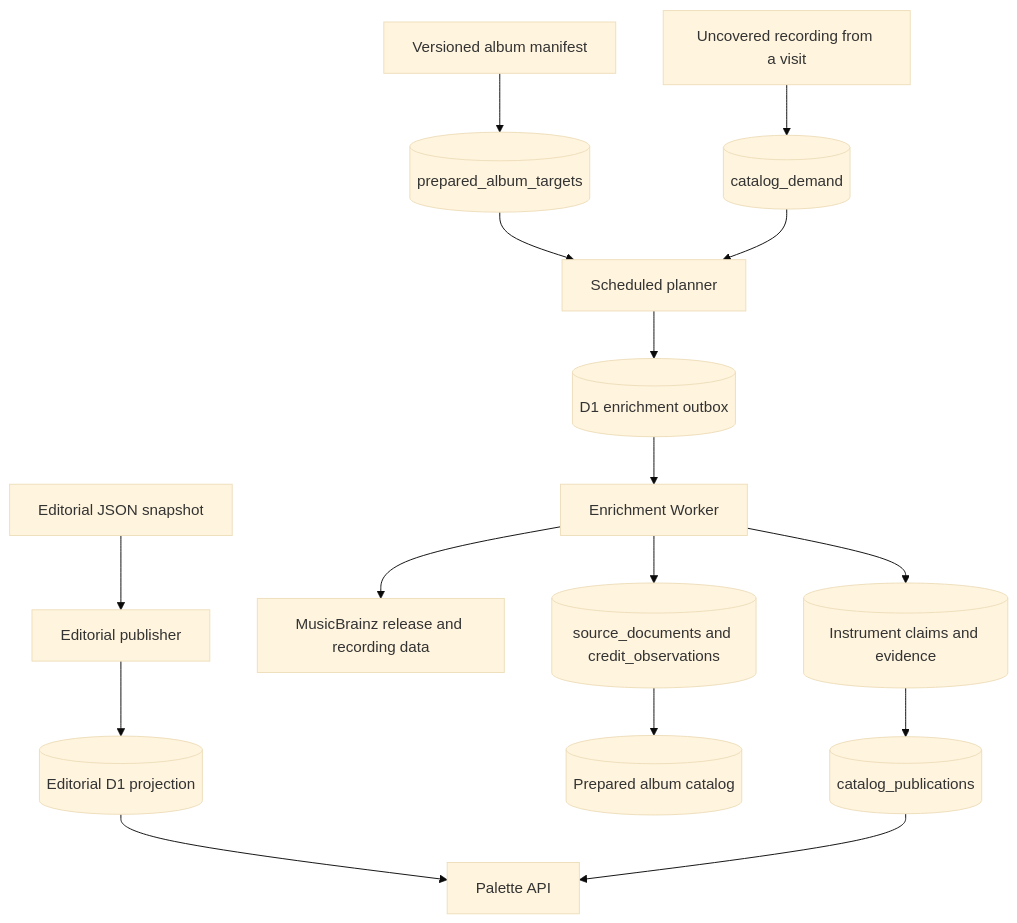
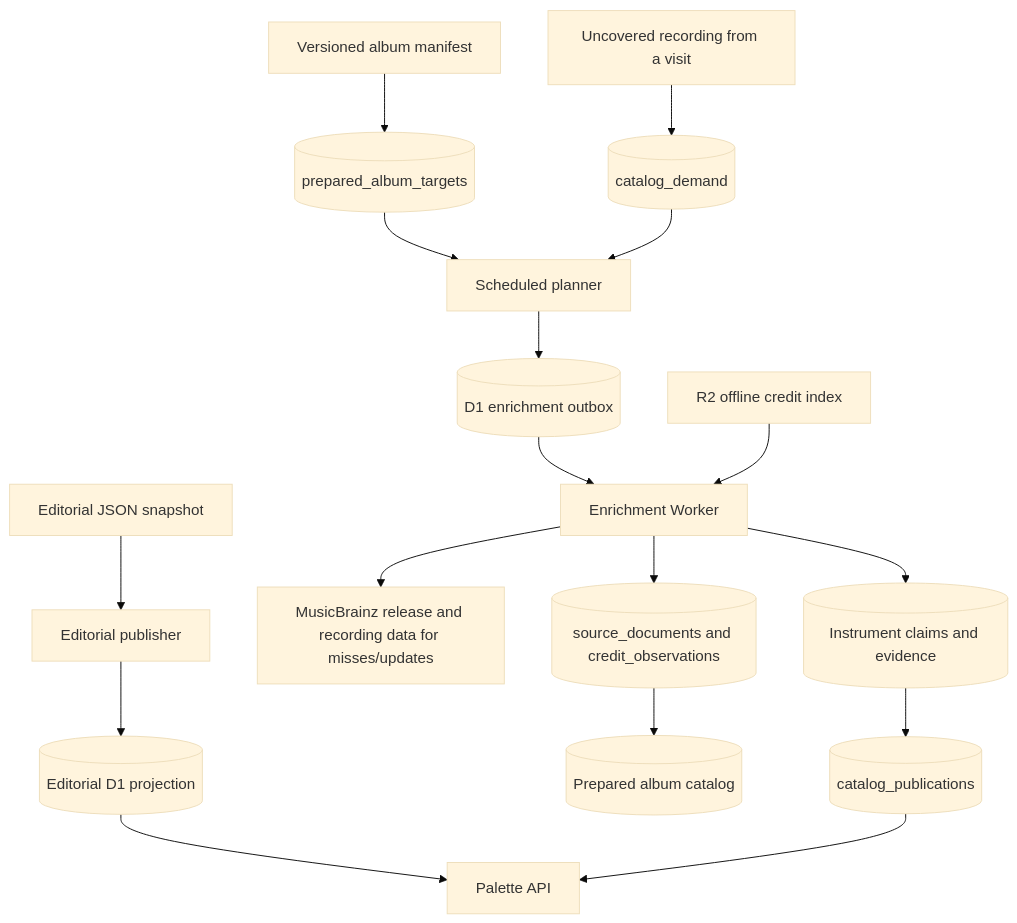
One commit to rosa-gus/timbre-palette changed the diagram in docs/catalog-architecture.md. Above: the diagram before and after it, drawn with Mermaid (base theme). The commit also changed other lines of this file and 21 other files, not shown here.

Commit message:
feat: add MusicBrainz offline credit index

````diff
--- a/docs/catalog-architecture.md
+++ b/docs/catalog-architecture.md
@@ -5,18 +5,19 @@
 ```mermaid
 flowchart TD
     E[Editorial JSON snapshot] --> EP[Editorial publisher]
     EP --> ER[(Editorial D1 projection)]
     ER --> API[Palette API]
     M[Versioned album manifest] --> T[(prepared_album_targets)]
     V[Uncovered recording from a visit] --> D[(catalog_demand)]
     T --> P[Scheduled planner]
     D --> P
     P --> O[(D1 enrichment outbox)]
     O --> W[Enrichment Worker]
-    W --> MB[MusicBrainz release and recording data]
+    I[R2 offline credit index] --> W
+    W --> MB[MusicBrainz release and recording data for misses/updates]
     W --> S[(source_documents and credit_observations)]
     S --> C[(Prepared album catalog)]
     W --> U[(Instrument claims and evidence)]
     U --> R[(catalog_publications)]
     R --> API
 ```
````
